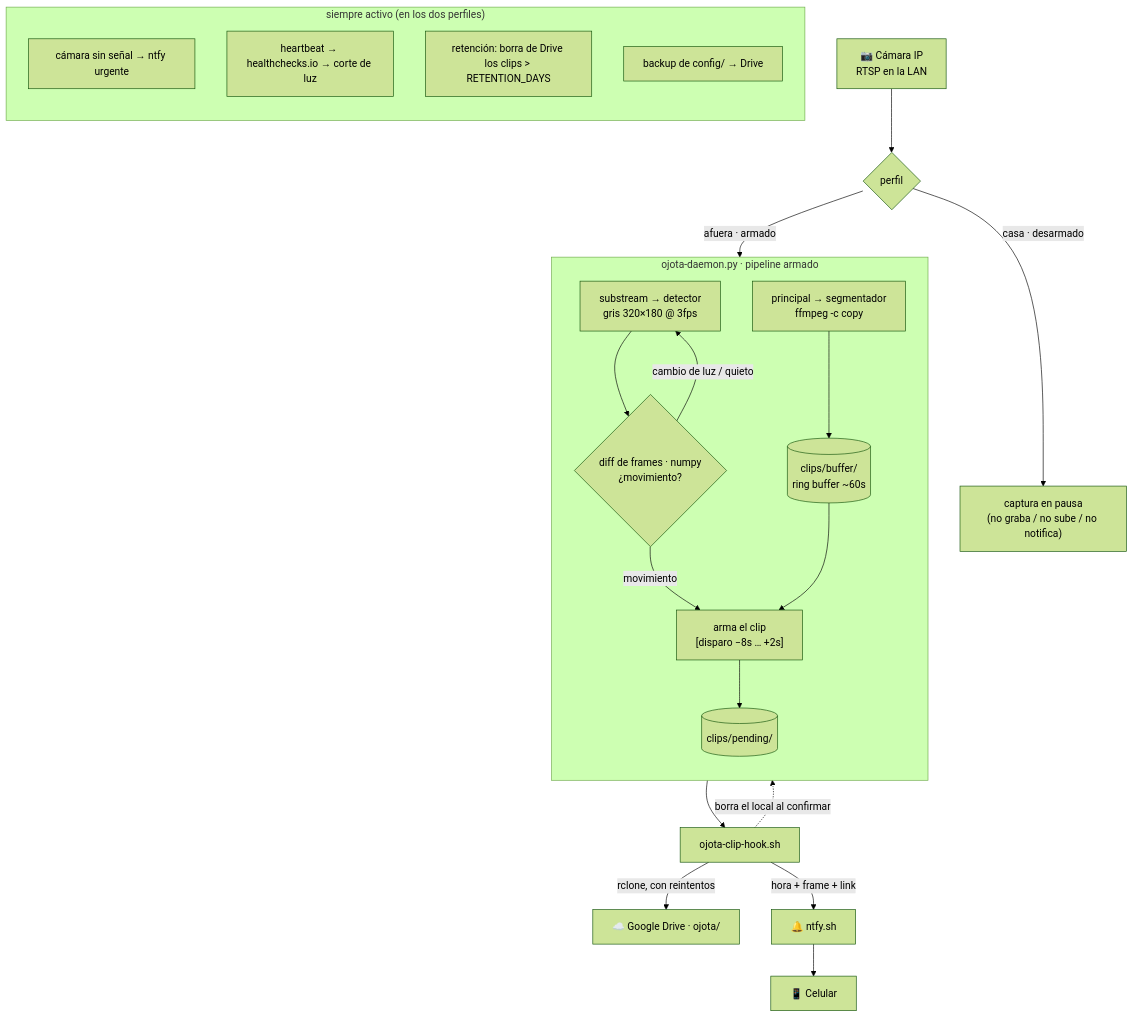
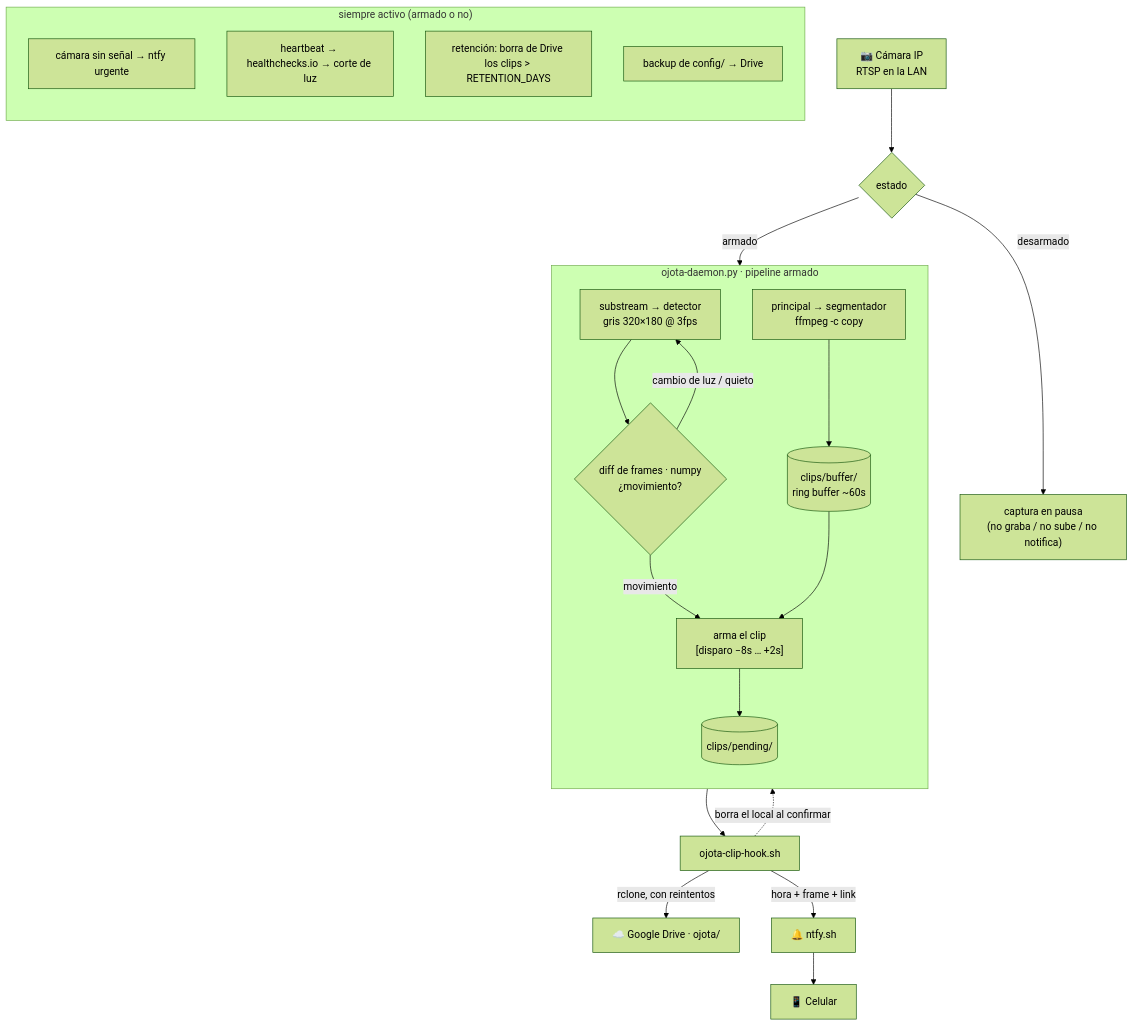
Before and after one commit to nanotaboada/ojota: the diagram in README.md, drawn with Mermaid (forest theme). The commit also changed other lines of this file and 4 other files, not shown here.

````diff
--- a/README.md
+++ b/README.md
@@ -20,40 +21,40 @@
 ```mermaid
 flowchart TB
     CAM["📷 Cámara IP<br/>RTSP en la LAN"]
-    PROF{"perfil"}
+    PROF{"estado"}
 
     CAM --> PROF
-    PROF -->|"casa · desarmado"| PAUSE["captura en pausa<br/>(no graba / no sube / no notifica)"]
-    PROF -->|"afuera · armado"| SEG
+    PROF -->|"desarmado"| PAUSE["captura en pausa<br/>(no graba / no sube / no notifica)"]
+    PROF -->|"armado"| SEG
 
     subgraph DAEMON["ojota-daemon.py · pipeline armado"]
         direction TB
         SEG["principal → segmentador<br/>ffmpeg -c copy"]
         BUF[("clips/buffer/<br/>ring buffer ~60s")]
         DET["substream → detector<br/>gris 320×180 @ 3fps"]
         DIFF{"diff de frames · numpy<br/>¿movimiento?"}
         ASM["arma el clip<br/>[disparo −8s … +2s]"]
         PEND[("clips/pending/")]
 
         SEG --> BUF
         DET --> DIFF
         DIFF -->|"cambio de luz / quieto"| DET
         DIFF -->|"movimiento"| ASM
         BUF --> ASM
         ASM --> PEND
     end
 
     PEND --> HOOK["ojota-clip-hook.sh"]
     HOOK -->|"rclone, con reintentos"| GD["☁️ Google Drive · ojota/"]
     HOOK -->|"hora + frame + link"| NTFY["🔔 ntfy.sh"]
     HOOK -.->|"borra el local al confirmar"| PEND
     NTFY --> PHONE["📱 Celular"]
 
-    subgraph SALUD["siempre activo (en los dos perfiles)"]
+    subgraph SALUD["siempre activo (armado o no)"]
         direction TB
         HL["cámara sin señal → ntfy urgente"]
         HB["heartbeat → healthchecks.io → corte de luz"]
         RET["retención: borra de Drive los clips > RETENTION_DAYS"]
         BK["backup de config/ → Drive"]
     end
 ```
````
